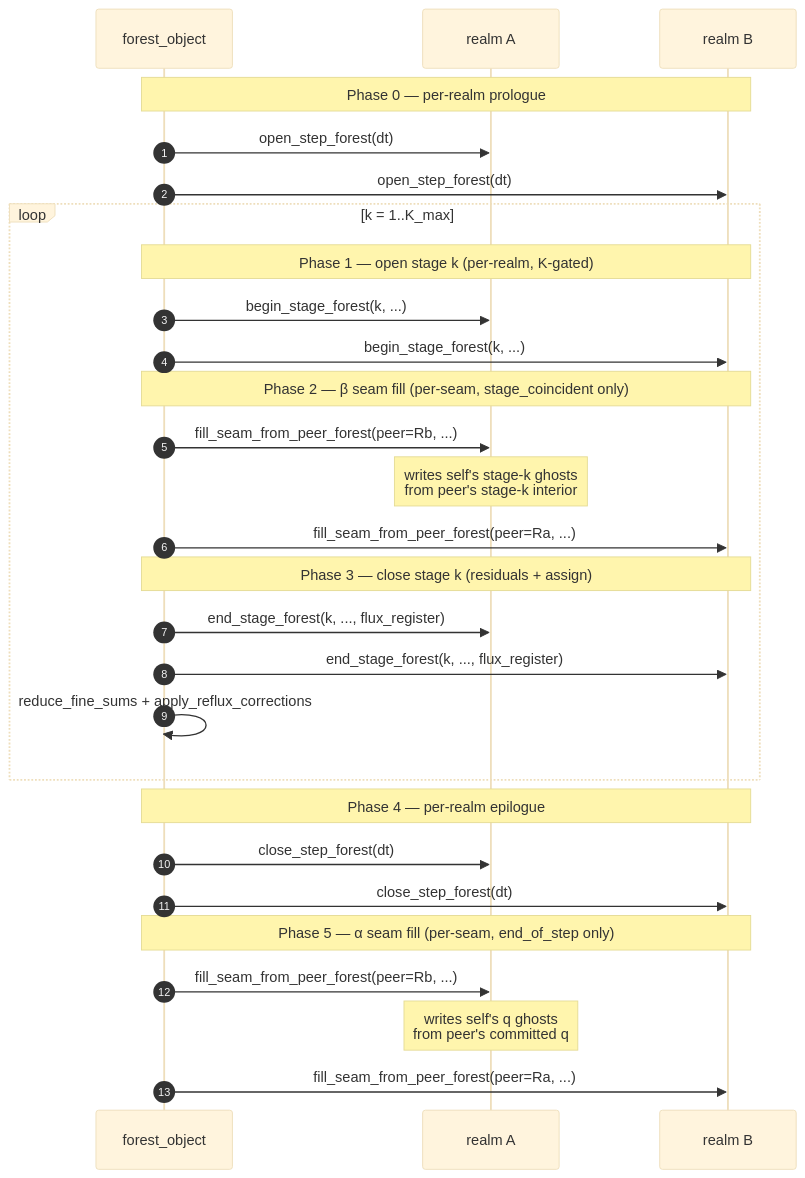
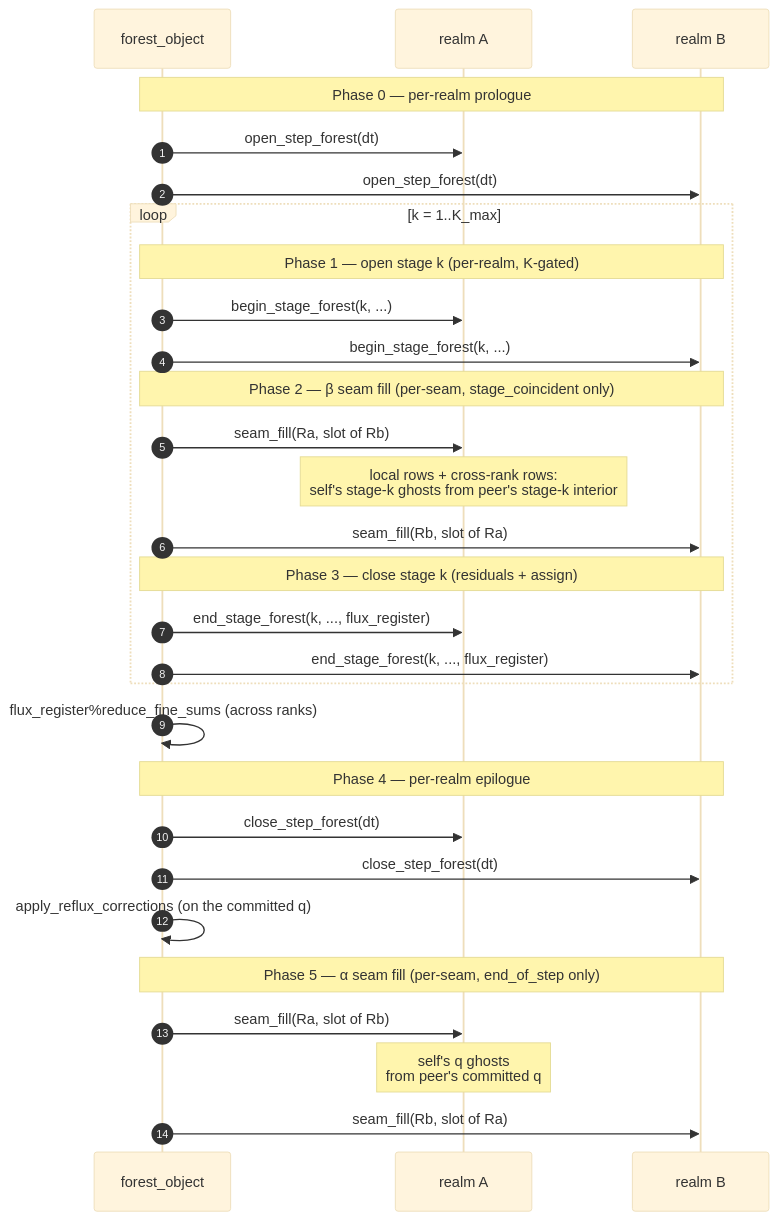
Before and after one commit to szaghi/adam: the first of 2 diagrams in docs/guide/forest.md, drawn with Mermaid (base theme). The commit also changed other lines of this file and 12 other files, not shown here.

````diff
--- a/docs/guide/forest.md
+++ b/docs/guide/forest.md
@@ -137,30 +141,31 @@
 ```mermaid
 sequenceDiagram
     autonumber
     participant F as forest_object
     participant Ra as realm A
     participant Rb as realm B
     Note over F,Rb: Phase 0 — per-realm prologue
     F->>Ra: open_step_forest(dt)
     F->>Rb: open_step_forest(dt)
     loop k = 1..K_max
         Note over F,Rb: Phase 1 — open stage k (per-realm, K-gated)
         F->>Ra: begin_stage_forest(k, ...)
         F->>Rb: begin_stage_forest(k, ...)
         Note over F,Rb: Phase 2 — β seam fill (per-seam, stage_coincident only)
-        F->>Ra: fill_seam_from_peer_forest(peer=Rb, ...)
-        Note over Ra: writes self's stage-k ghosts<br/>from peer's stage-k interior
-        F->>Rb: fill_seam_from_peer_forest(peer=Ra, ...)
+        F->>Ra: seam_fill(Ra, slot of Rb)
+        Note over Ra: local rows + cross-rank rows:<br/>self's stage-k ghosts from peer's stage-k interior
+        F->>Rb: seam_fill(Rb, slot of Ra)
         Note over F,Rb: Phase 3 — close stage k (residuals + assign)
         F->>Ra: end_stage_forest(k, ..., flux_register)
         F->>Rb: end_stage_forest(k, ..., flux_register)
-        F->>F: reduce_fine_sums + apply_reflux_corrections
     end
+    F->>F: flux_register%reduce_fine_sums (across ranks)
     Note over F,Rb: Phase 4 — per-realm epilogue
     F->>Ra: close_step_forest(dt)
     F->>Rb: close_step_forest(dt)
+    F->>F: apply_reflux_corrections (on the committed q)
     Note over F,Rb: Phase 5 — α seam fill (per-seam, end_of_step only)
-    F->>Ra: fill_seam_from_peer_forest(peer=Rb, ...)
-    Note over Ra: writes self's q ghosts<br/>from peer's committed q
-    F->>Rb: fill_seam_from_peer_forest(peer=Ra, ...)
+    F->>Ra: seam_fill(Ra, slot of Rb)
+    Note over Ra: self's q ghosts<br/>from peer's committed q
+    F->>Rb: seam_fill(Rb, slot of Ra)
 ```
````
